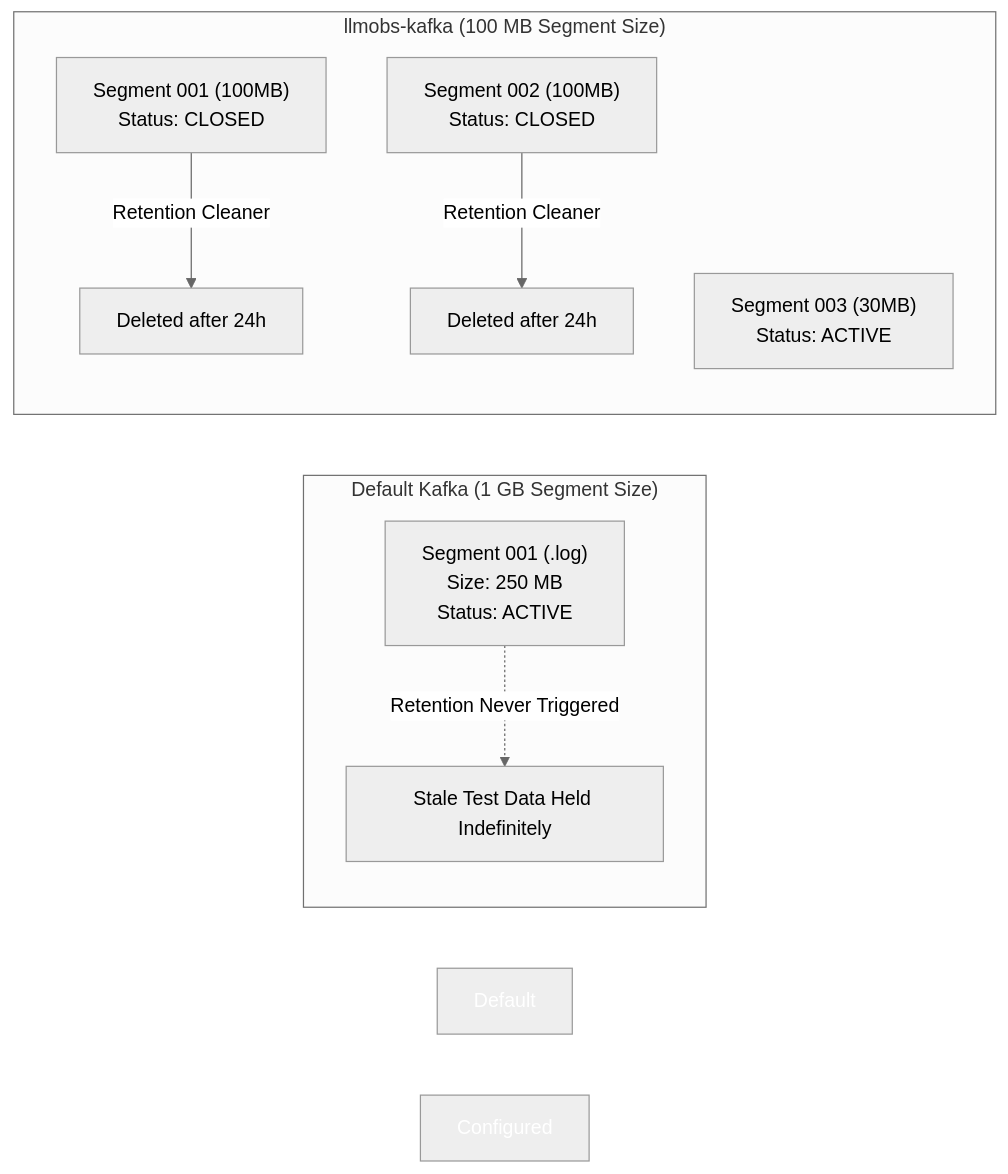
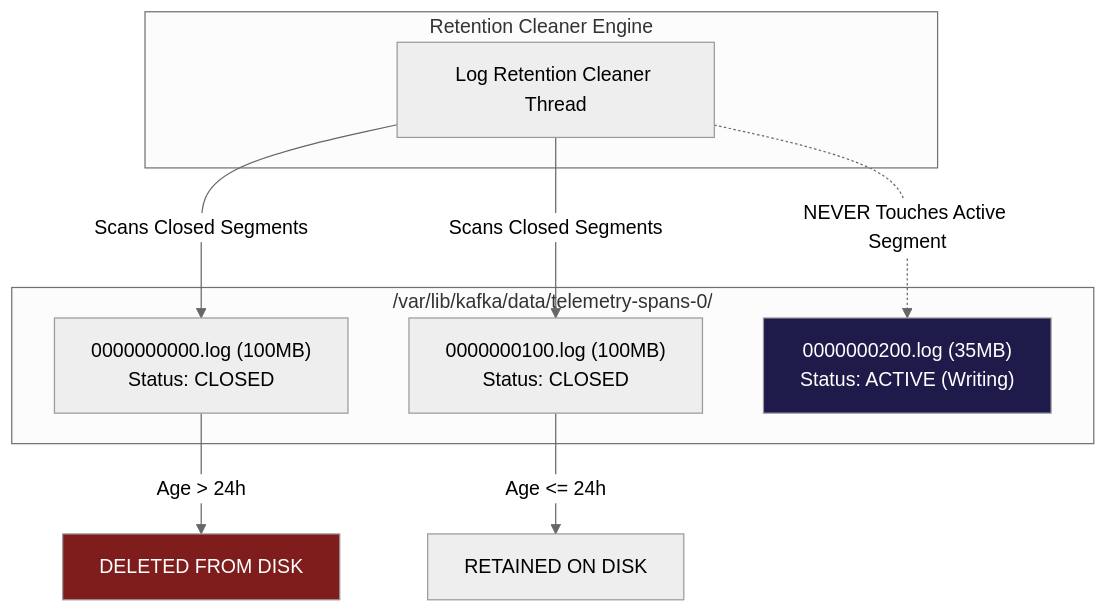
Before and after one commit to Chief-Strategist-J/llm-obs-infra: the sixth of 12 diagrams in docs/configDoc/kafka-configuration-guide.md, drawn with Mermaid (neutral theme). The commit also changed other lines of this file, not shown here.

Commit message:
docs(kafka): add HLD/LLD diagrams, naming convention origin, and visual parameter breakdowns to kafka-configuration-guide.md

````diff
--- a/docs/configDoc/kafka-configuration-guide.md
+++ b/docs/configDoc/kafka-configuration-guide.md
@@ -110,18 +234,20 @@
 ```mermaid
-graph LR
-    subgraph Default Settings ["Default Kafka (1 GB Segment Size)"]
-        A1["Segment 001 (.log)<br/>Size: 250 MB<br/>Status: ACTIVE"]
-        A1 -.->|Retention Never Triggered| B1["Stale Test Data Held Indefinitely"]
+graph TD
+    subgraph Partition Directory ["/var/lib/kafka/data/telemetry-spans-0/"]
+        S1["0000000000.log (100MB)<br/>Status: CLOSED"]
+        S2["0000000100.log (100MB)<br/>Status: CLOSED"]
+        S3["0000000200.log (35MB)<br/>Status: ACTIVE (Writing)"]
     end
 
-    subgraph Configured Settings ["llmobs-kafka (100 MB Segment Size)"]
-        A2["Segment 001 (100MB)<br/>Status: CLOSED"]
-        A3["Segment 002 (100MB)<br/>Status: CLOSED"]
-        A4["Segment 003 (30MB)<br/>Status: ACTIVE"]
-        A2 -->|Retention Cleaner| C1["Deleted after 24h"]
-        A3 -->|Retention Cleaner| C2["Deleted after 24h"]
+    subgraph Retention Cleaner Engine
+        Cleaner["Log Retention Cleaner Thread"]
     end
 
-    style Default Settings fill:#400000,color:#fff
-    style Configured Settings fill:#004000,color:#fff
+    Cleaner -->|Scans Closed Segments| S1 & S2
+    S1 -->|Age > 24h| Purged["DELETED FROM DISK"]
+    S2 -->|Age <= 24h| Retained["RETAINED ON DISK"]
+    Cleaner -.->|NEVER Touches Active Segment| S3
+
+    style S3 fill:#1e1b4b,color:#fff
+    style Purged fill:#7f1d1d,color:#fff
 ```
````
